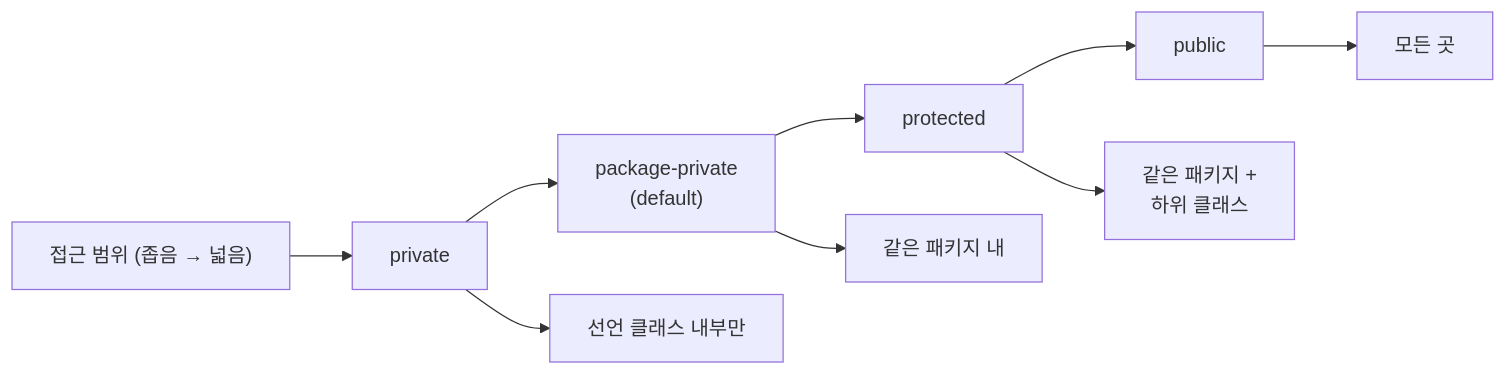
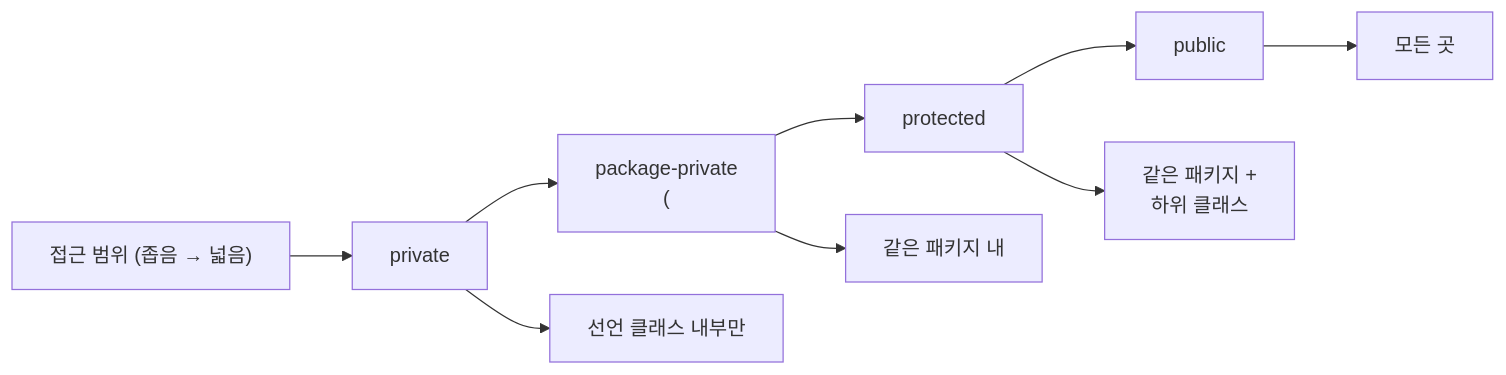
The second of 4 diagrams in _posts/java/2021-12-29-effective-java15.md (yjkim2015/yjkim2015.github.io), drawn with Mermaid before and after one commit. The commit also changed other lines of this file and 271 other files, not shown here.

First line of the commit message:
Mermaid 라벨 축소: 긴 노드 텍스트 18자 이하로 트림 + \n 제거

````diff
--- a/_posts/java/2021-12-29-effective-java15.md
+++ b/_posts/java/2021-12-29-effective-java15.md
@@ -33,11 +33,11 @@
 ```mermaid
 graph LR
     A["접근 범위 (좁음 → 넓음)"] --> B["private"]
-    B --> C["package-private\n(default)"]
+    B --> C["package-private\n("]
     C --> D["protected"]
     D --> E["public"]
     B --> B1["선언 클래스 내부만"]
     C --> C1["같은 패키지 내"]
     D --> D1["같은 패키지 +\n하위 클래스"]
     E --> E1["모든 곳"]
 ```
````
